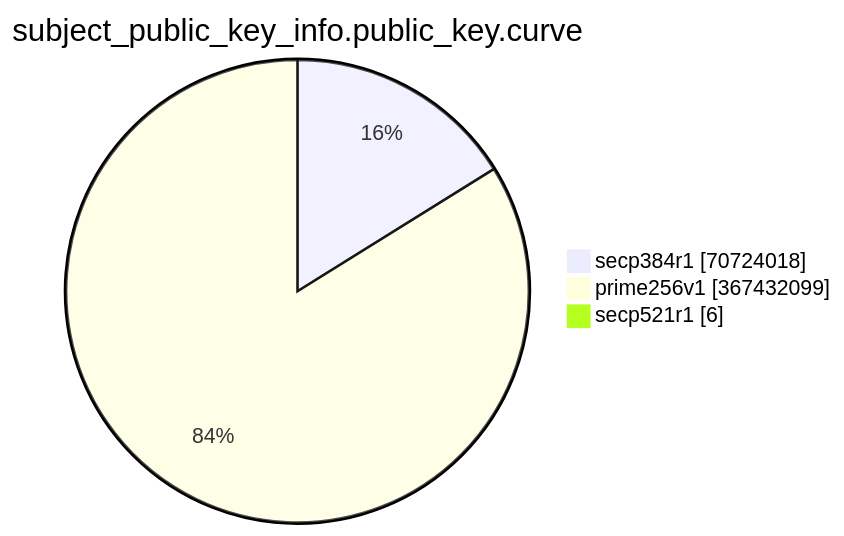
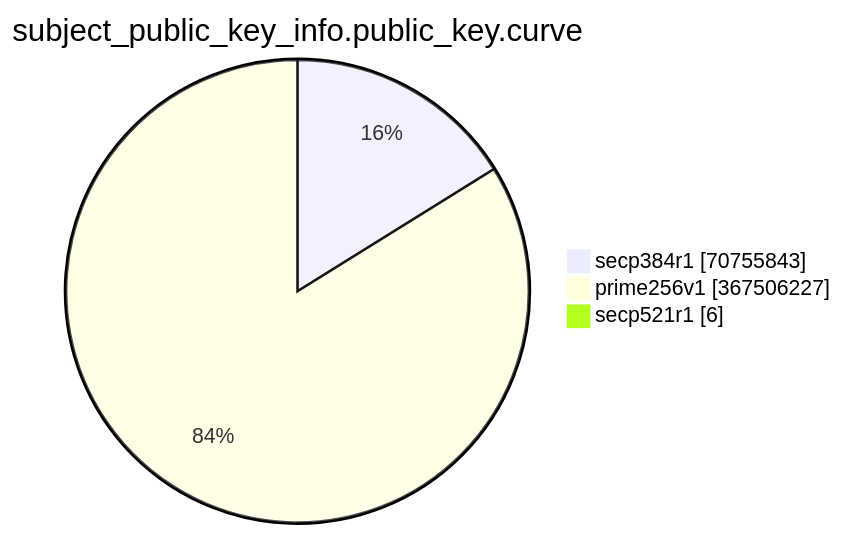
The eighth of 15 diagrams in TOTAL/README.md (christiankrug/ctmonitor_visualization), drawn with Mermaid before and after one commit. The commit also changed other lines of this file, not shown here.

````diff
--- a/TOTAL/README.md
+++ b/TOTAL/README.md
@@ -3094,7 +3094,7 @@
 ```mermaid
 pie showData
 title subject_public_key_info.public_key.curve
-"secp384r1" :70724018
-"prime256v1" :367432099
+"secp384r1" :70755843
+"prime256v1" :367506227
 "secp521r1" :6
 ```
````
